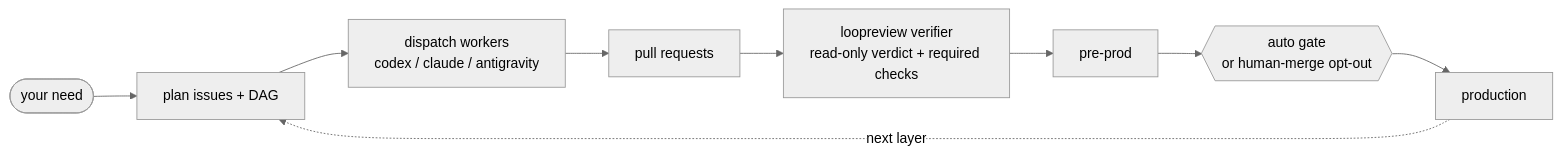
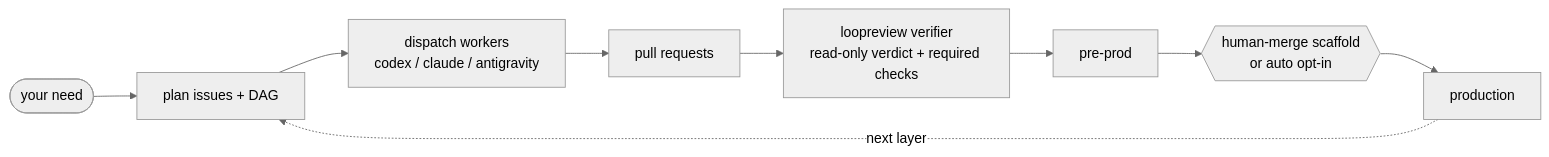
The diagram in README.md (jasonhnd/loopcoder), drawn with Mermaid (neutral theme) before and after one commit. The commit also changed other lines of this file and 3 other files, not shown here.

First line of the commit message:
docs: distinguish new-scaffold human-merge default from legacy empty-gate auto normalization (closes #622) (#631)

````diff
--- a/README.md
+++ b/README.md
@@ -26,11 +26,11 @@
 ```mermaid
 flowchart LR
   need([your need]) --> plan[plan issues + DAG]
   plan --> dispatch[dispatch workers<br/>codex / claude / antigravity]
   dispatch --> pr[pull requests]
   pr --> review[loopreview verifier<br/>read-only verdict + required checks]
   review --> preprod[pre-prod]
-  preprod --> gate{{auto gate<br/>or human-merge opt-out}}
+  preprod --> gate{{human-merge scaffold<br/>or auto opt-in}}
   gate --> prod[production]
   prod -. next layer .-> plan
 ```
````
